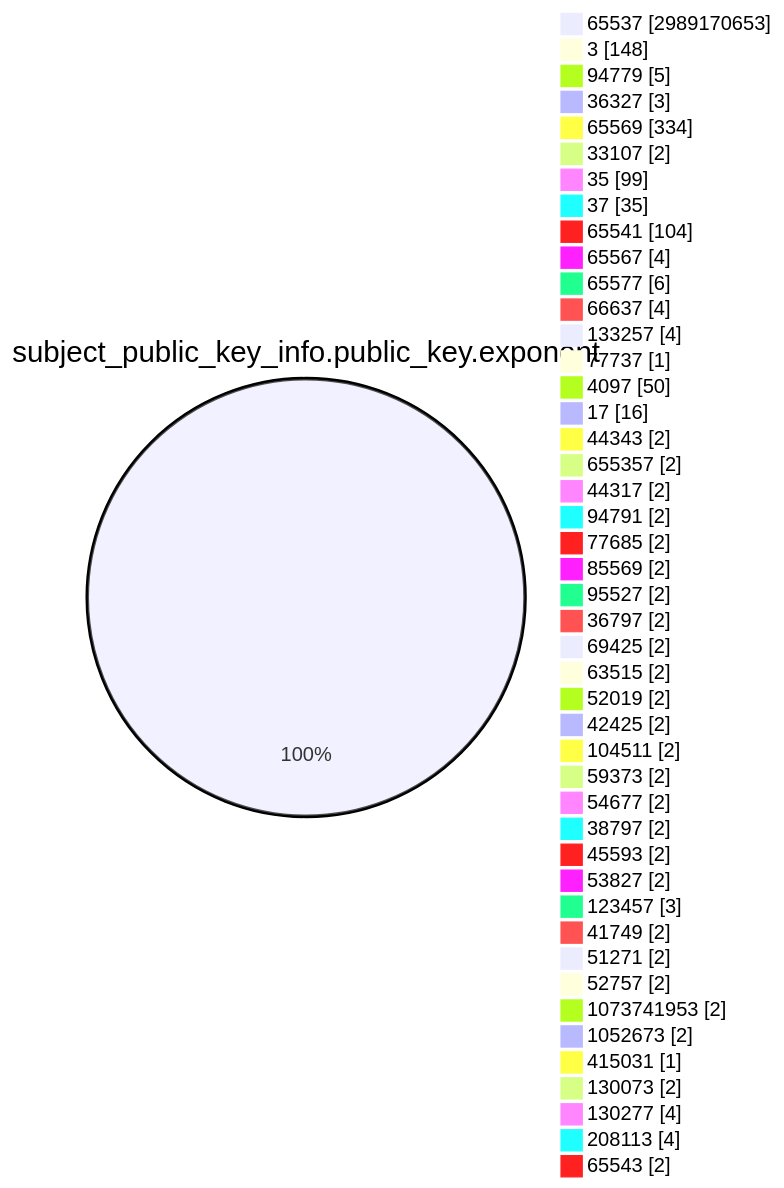
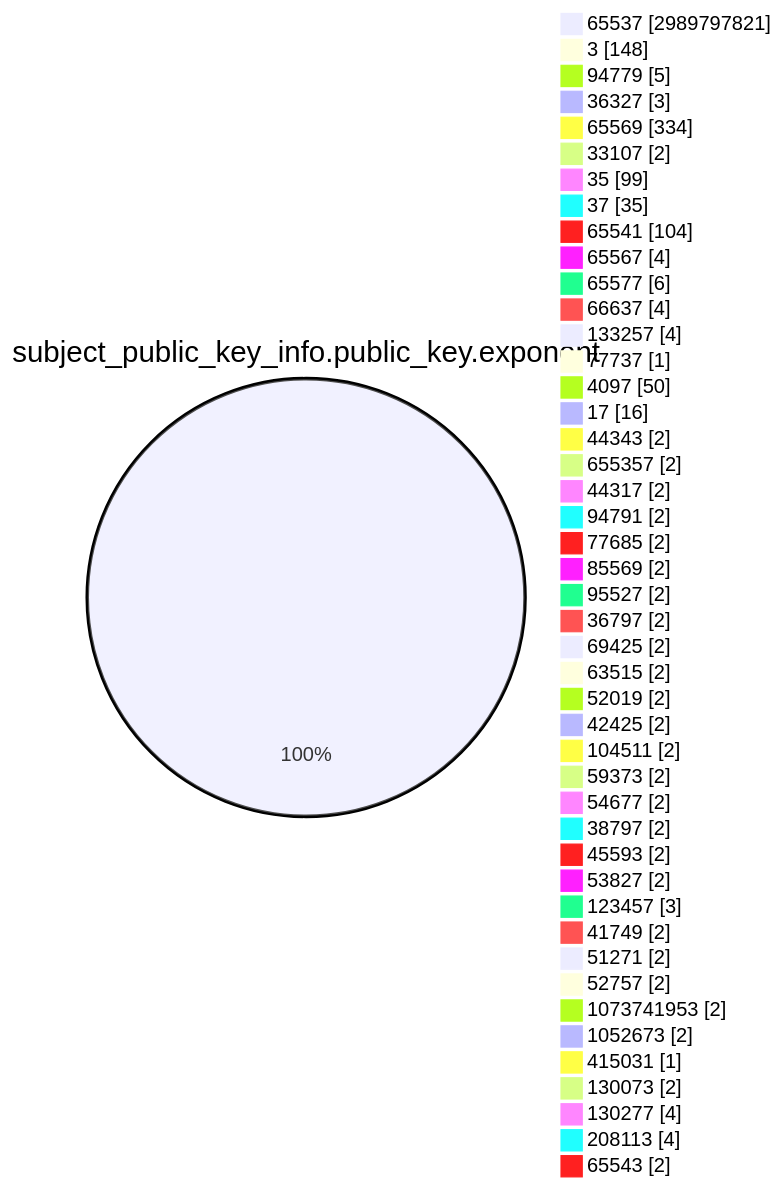
Before and after one commit to christiankrug/ctmonitor_visualization: the fourth of 15 diagrams in TOTAL/README.md, drawn with Mermaid. The commit also changed other lines of this file, not shown here.

````diff
--- a/TOTAL/README.md
+++ b/TOTAL/README.md
@@ -1472,49 +1472,49 @@
 ```mermaid
 pie showData
 title subject_public_key_info.public_key.exponent
-"65537" :2989170653
+"65537" :2989797821
 "3" :148
 "94779" :5
 "36327" :3
 "65569" :334
 "33107" :2
 "35" :99
 "37" :35
 "65541" :104
 "65567" :4
 "65577" :6
 "66637" :4
 "133257" :4
 "77737" :1
 "4097" :50
 "17" :16
 "44343" :2
 "655357" :2
 "44317" :2
 "94791" :2
 "77685" :2
 "85569" :2
 "95527" :2
 "36797" :2
 "69425" :2
 "63515" :2
 "52019" :2
 "42425" :2
 "104511" :2
 "59373" :2
 "54677" :2
 "38797" :2
 "45593" :2
 "53827" :2
 "123457" :3
 "41749" :2
 "51271" :2
 "52757" :2
 "1073741953" :2
 "1052673" :2
 "415031" :1
 "130073" :2
 "130277" :4
 "208113" :4
 "65543" :2
 ```
````
